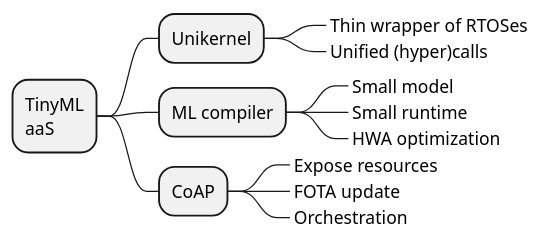
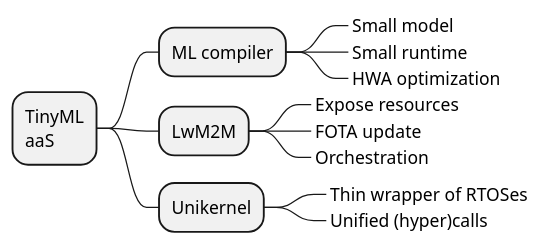
The first of 2 diagrams in summary-3enablers.puml (doyu/elc2019), drawn with PlantUML before and after one commit. The commit also changed other lines of this file and 1 other file, not shown here.

```diff
--- a/summary-3enablers.puml
+++ b/summary-3enablers.puml
@@ -1,16 +1,16 @@
 @startmindmap
 
 * TinyML\naaS
-** Unikernel
-***_ Thin wrapper of RTOSes
-***_ Unified (hyper)calls
 ** ML compiler
 ***_ Small model
 ***_ Small runtime
 ***_ HWA optimization
-** CoAP
+** LwM2M
 ***_ Expose resources
 ***_ FOTA update
 ***_ Orchestration
+** Unikernel
+***_ Thin wrapper of RTOSes
+***_ Unified (hyper)calls
 
 @endmindmap
```
